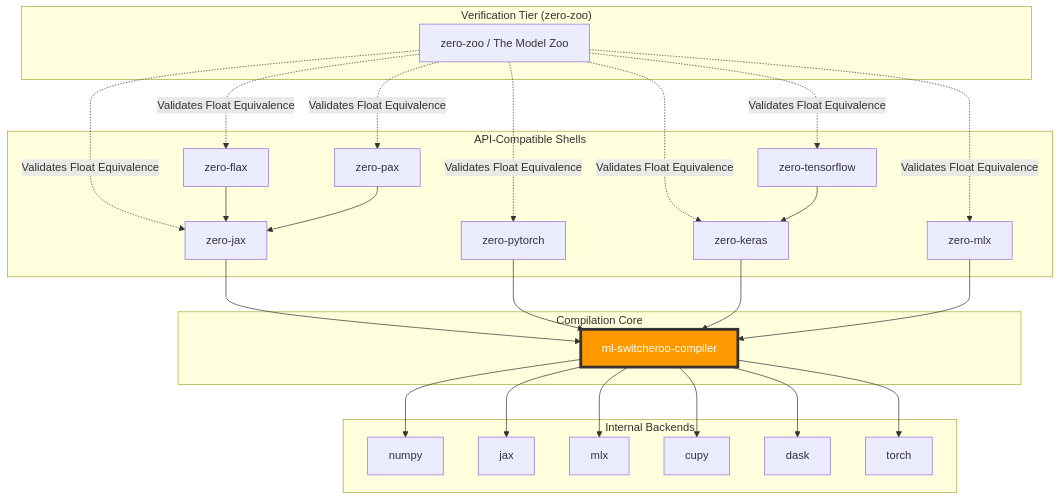
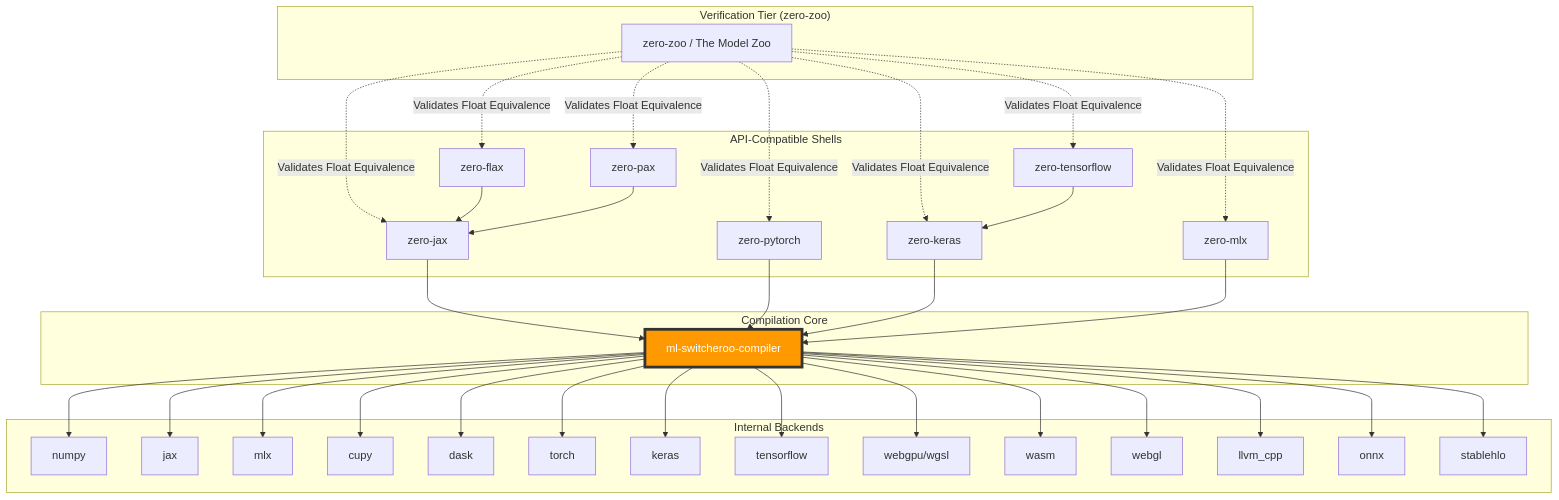
One commit to SamuelMarks/ml-switcheroo-compiler changed the second of 2 diagrams in README.md. Above: the diagram before and after it, drawn with Mermaid. The commit also changed other lines of this file and 5015 other files, not shown here.

````diff
--- a/README.md
+++ b/README.md
@@ -90,53 +90,69 @@
 ```mermaid
 graph TD
     subgraph "Verification Tier (zero-zoo)"
         ZZ[zero-zoo / The Model Zoo]
     end
 
     subgraph "API-Compatible Shells"
         ZJ[zero-jax]
         ZF[zero-flax]
         ZP[zero-pytorch]
         ZK[zero-keras]
         ZT[zero-tensorflow]
         ZM[zero-mlx]
         ZPX[zero-pax]
     end
 
     subgraph "Compilation Core"
         COMP[ml-switcheroo-compiler]
     end
     style COMP fill:#ff9900,color:#fff,stroke:#333,stroke-width:4px
 
     subgraph "Internal Backends"
         NUMPY[numpy]
         JAX_B[jax]
         MLX_B[mlx]
         CUPY[cupy]
         DASK[dask]
         TORCH_B[torch]
+        KERAS_B[keras]
+        TF_B[tensorflow]
+        EDGE_WGPU[webgpu/wgsl]
+        EDGE_WASM[wasm]
+        EDGE_WEBGL[webgl]
+        LLVM[llvm_cpp]
+        ONNX[onnx]
+        STABLEHLO[stablehlo]
     end
 
     ZZ -.->|Validates Float Equivalence| ZJ
     ZZ -.->|Validates Float Equivalence| ZF
     ZZ -.->|Validates Float Equivalence| ZP
     ZZ -.->|Validates Float Equivalence| ZK
     ZZ -.->|Validates Float Equivalence| ZT
     ZZ -.->|Validates Float Equivalence| ZM
     ZZ -.->|Validates Float Equivalence| ZPX
 
     ZJ --> COMP
     ZF --> ZJ
     ZP --> COMP
     ZK --> COMP
     ZT --> ZK
     ZM --> COMP
     ZPX --> ZJ
 
     COMP --> NUMPY
     COMP --> JAX_B
     COMP --> MLX_B
     COMP --> CUPY
     COMP --> DASK
     COMP --> TORCH_B
+    COMP --> KERAS_B
+    COMP --> TF_B
+    COMP --> EDGE_WGPU
+    COMP --> EDGE_WASM
+    COMP --> EDGE_WEBGL
+    COMP --> LLVM
+    COMP --> ONNX
+    COMP --> STABLEHLO
 ```
````
